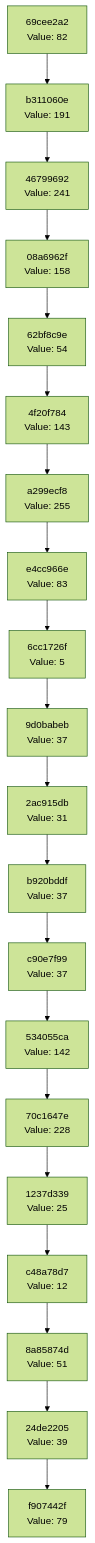
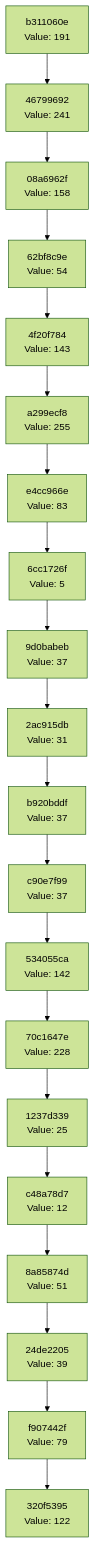
The diagram in docs/CHAIN_VISUALIZATION.md (Abhisheksinha1506/hash-chain-evolver), drawn with Mermaid (forest theme) before and after one commit. The commit also changed 3 other files, not shown here.

````diff
--- a/docs/CHAIN_VISUALIZATION.md
+++ b/docs/CHAIN_VISUALIZATION.md
@@ -3,42 +3,42 @@
 ```mermaid
 graph TD
-    C0["f907442f<br/>Value: 79"]
-    C1["24de2205<br/>Value: 39"]
+    C0["320f5395<br/>Value: 122"]
+    C1["f907442f<br/>Value: 79"]
     C1 --> C0
-    C2["8a85874d<br/>Value: 51"]
+    C2["24de2205<br/>Value: 39"]
     C2 --> C1
-    C3["c48a78d7<br/>Value: 12"]
+    C3["8a85874d<br/>Value: 51"]
     C3 --> C2
-    C4["1237d339<br/>Value: 25"]
+    C4["c48a78d7<br/>Value: 12"]
     C4 --> C3
-    C5["70c1647e<br/>Value: 228"]
+    C5["1237d339<br/>Value: 25"]
     C5 --> C4
-    C6["534055ca<br/>Value: 142"]
+    C6["70c1647e<br/>Value: 228"]
     C6 --> C5
-    C7["c90e7f99<br/>Value: 37"]
+    C7["534055ca<br/>Value: 142"]
     C7 --> C6
-    C8["b920bddf<br/>Value: 37"]
+    C8["c90e7f99<br/>Value: 37"]
     C8 --> C7
-    C9["2ac915db<br/>Value: 31"]
+    C9["b920bddf<br/>Value: 37"]
     C9 --> C8
-    C10["9d0babeb<br/>Value: 37"]
+    C10["2ac915db<br/>Value: 31"]
     C10 --> C9
-    C11["6cc1726f<br/>Value: 5"]
+    C11["9d0babeb<br/>Value: 37"]
     C11 --> C10
-    C12["e4cc966e<br/>Value: 83"]
+    C12["6cc1726f<br/>Value: 5"]
     C12 --> C11
-    C13["a299ecf8<br/>Value: 255"]
+    C13["e4cc966e<br/>Value: 83"]
     C13 --> C12
-    C14["4f20f784<br/>Value: 143"]
+    C14["a299ecf8<br/>Value: 255"]
     C14 --> C13
-    C15["62bf8c9e<br/>Value: 54"]
+    C15["4f20f784<br/>Value: 143"]
     C15 --> C14
-    C16["08a6962f<br/>Value: 158"]
+    C16["62bf8c9e<br/>Value: 54"]
     C16 --> C15
-    C17["46799692<br/>Value: 241"]
+    C17["08a6962f<br/>Value: 158"]
     C17 --> C16
-    C18["b311060e<br/>Value: 191"]
+    C18["46799692<br/>Value: 241"]
     C18 --> C17
-    C19["69cee2a2<br/>Value: 82"]
+    C19["b311060e<br/>Value: 191"]
     C19 --> C18
 ```
````
